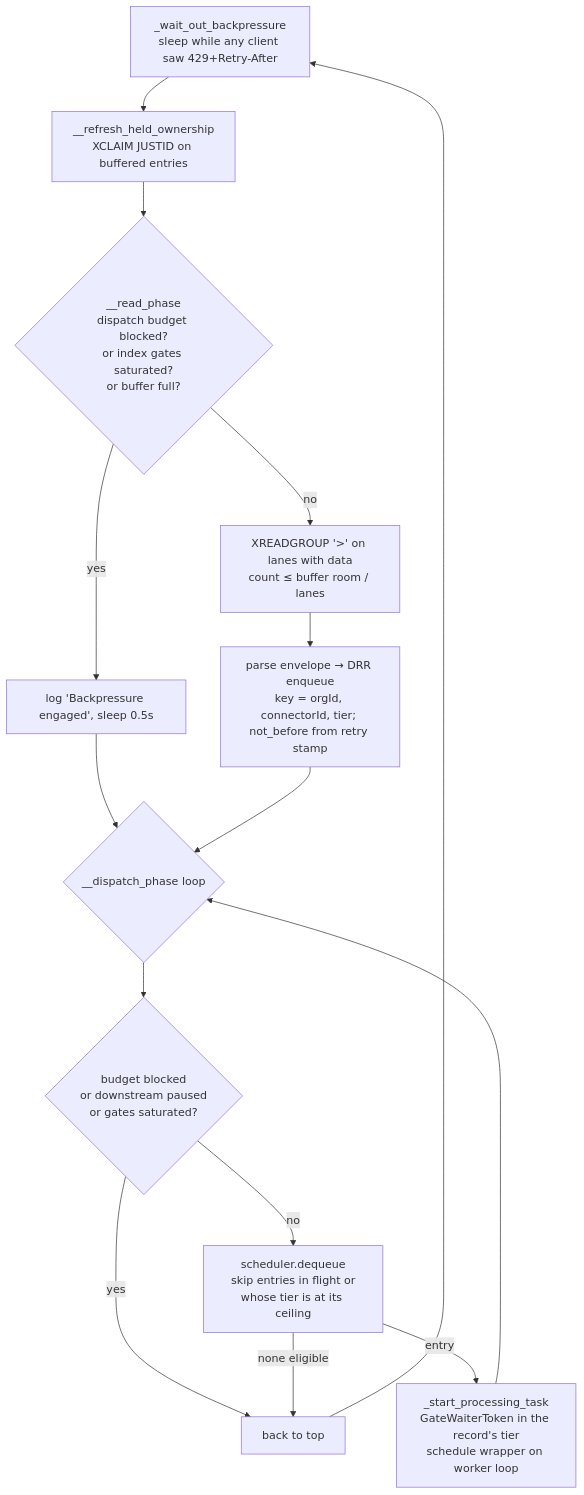
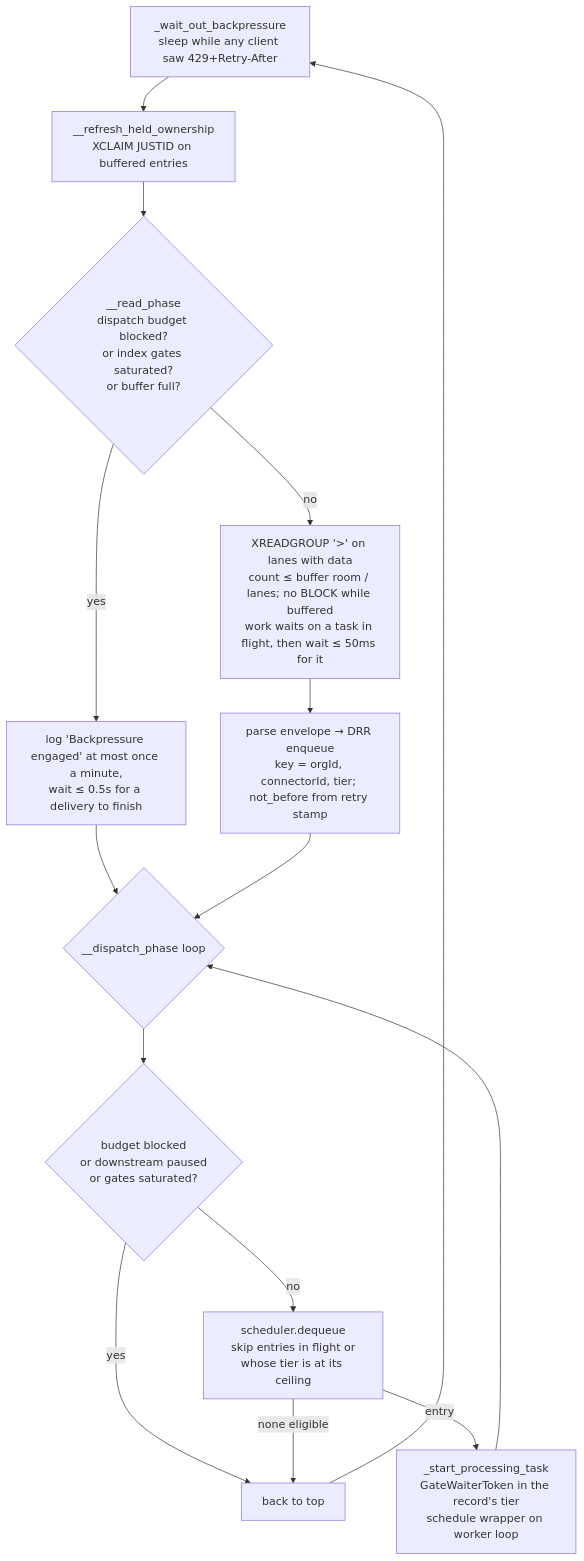
One commit to pipeshub-ai/pipeshub-ai changed the fifth of 5 diagrams in docs/indexing-service.md. Above: the diagram before and after it, drawn with Mermaid. The commit also changed other lines of this file and 3 other files, not shown here.

````diff
--- a/docs/indexing-service.md
+++ b/docs/indexing-service.md
@@ -408,17 +408,17 @@
 ```mermaid
 flowchart TD
     A[_wait_out_backpressure<br/>sleep while any client saw 429+Retry-After] --> B[__refresh_held_ownership<br/>XCLAIM JUSTID on buffered entries]
     B --> C{__read_phase<br/>dispatch budget blocked?<br/>or index gates saturated?<br/>or buffer full?}
-    C -- yes --> C1[log 'Backpressure engaged', sleep 0.5s]
-    C -- no --> C2[XREADGROUP '>' on lanes with data<br/>count ≤ buffer room / lanes]
+    C -- yes --> C1[log 'Backpressure engaged' at most once a minute,<br/>wait ≤ 0.5s for a delivery to finish]
+    C -- no --> C2[XREADGROUP '>' on lanes with data<br/>count ≤ buffer room / lanes; no BLOCK while buffered<br/>work waits on a task in flight, then wait ≤ 50ms for it]
     C2 --> C3[parse envelope → DRR enqueue<br/>key = orgId, connectorId, tier; not_before from retry stamp]
     C1 --> D
     C3 --> D{__dispatch_phase loop}
     D --> D1{budget blocked<br/>or downstream paused<br/>or gates saturated?}
     D1 -- yes --> E[back to top]
     D1 -- no --> D2[scheduler.dequeue<br/>skip entries in flight or<br/>whose tier is at its ceiling]
     D2 -- none eligible --> E
     D2 -- entry --> D3[_start_processing_task<br/>GateWaiterToken in the record's tier<br/>schedule wrapper on worker loop]
     D3 --> D
     E --> A
 ```
````
